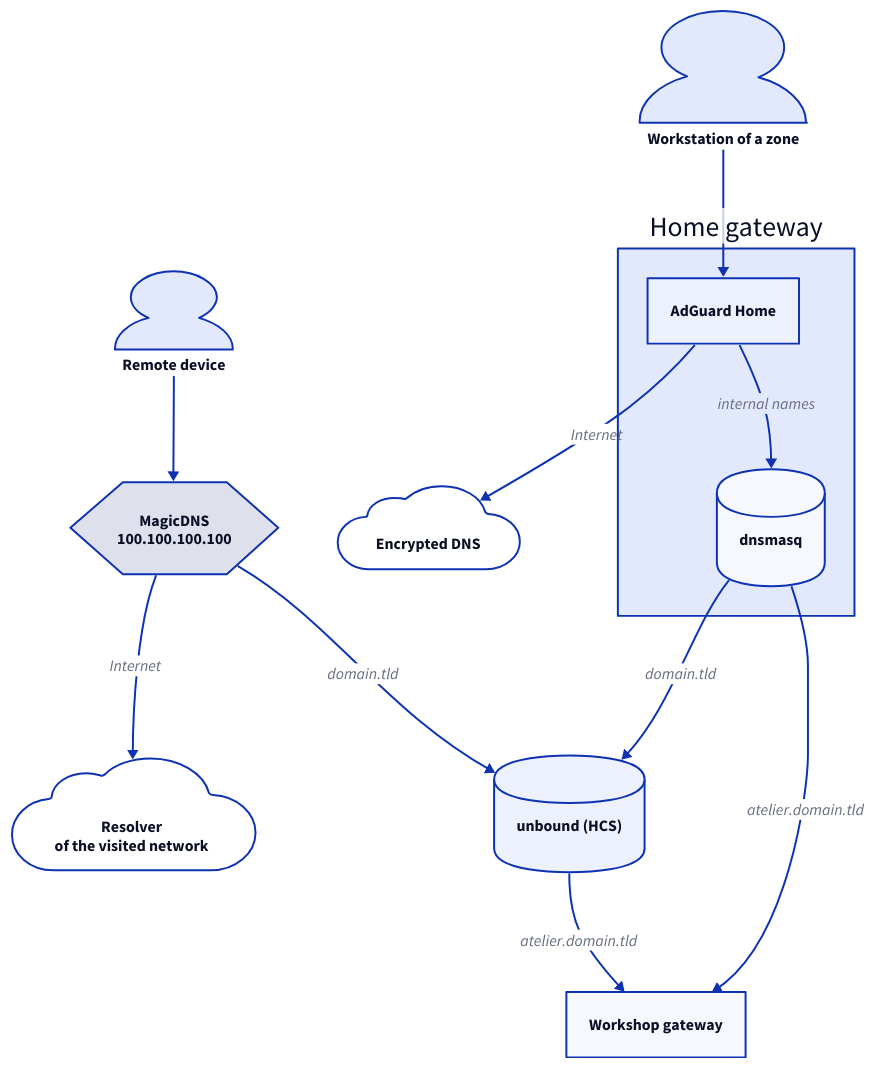
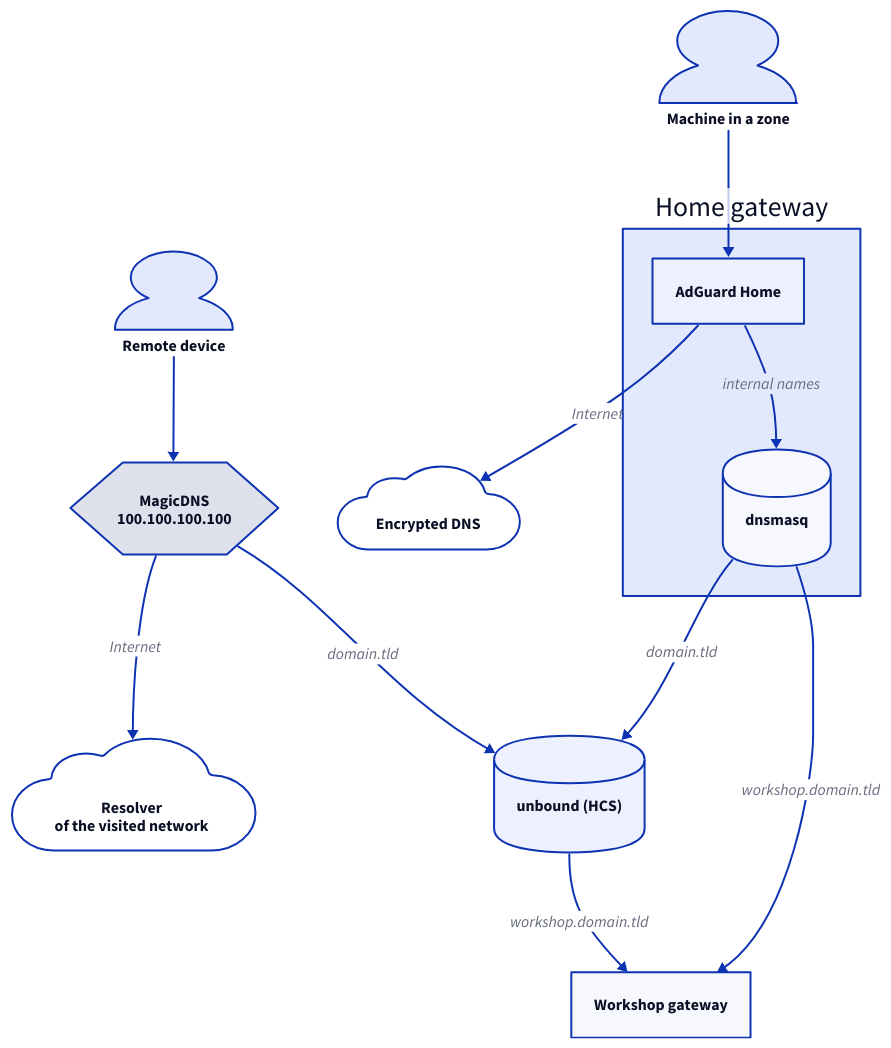
Before and after one commit to darkone-linux/dnf-doc: the third of 5 diagrams in src/content/docs/en/doc/admin-guide/understand/tailnet.mdx, drawn with D2. The commit also changed other lines of this file and 16 other files, not shown here.

````diff
--- a/src/content/docs/en/doc/admin-guide/understand/tailnet.mdx
+++ b/src/content/docs/en/doc/admin-guide/understand/tailnet.mdx
@@ -147,28 +147,28 @@
 ```d2
 style.fill: transparent
 direction: down
 
-pc: Workstation of a zone { shape: person }
+pc: Machine in a zone { shape: person }
 remote: Remote device { shape: person }
 
 gw: Home gateway {
   agh: AdGuard Home
   dnsmasq: dnsmasq { shape: cylinder }
   agh -> dnsmasq: internal names
 }
 
 magic: MagicDNS\n100.100.100.100 { shape: hexagon }
 unbound: unbound (HCS) { shape: cylinder }
 peer: Workshop gateway
 upstream: Encrypted DNS { shape: cloud }
 visited: Resolver\nof the visited network { shape: cloud }
 
 pc -> gw.agh
 remote -> magic
 gw.agh -> upstream: Internet
-gw.dnsmasq -> peer: atelier.domain.tld
+gw.dnsmasq -> peer: workshop.domain.tld
 gw.dnsmasq -> unbound: domain.tld
 magic -> unbound: domain.tld
 magic -> visited: Internet
-unbound -> peer: atelier.domain.tld
+unbound -> peer: workshop.domain.tld
 ```
````
